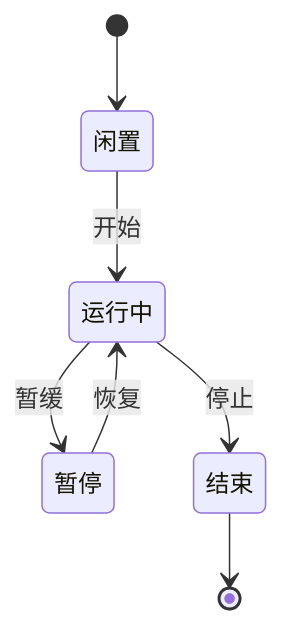
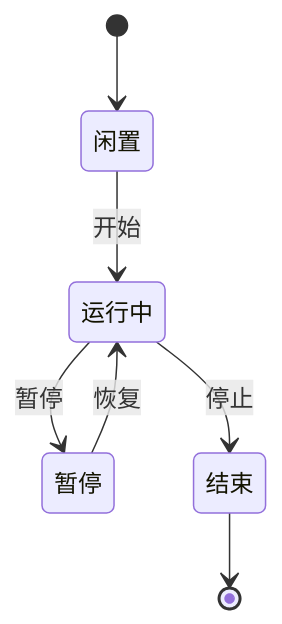
One commit to SSJ-ZYJ/Neoverse-Doc changed the third of 3 diagrams in content/docs/zh/contributing/syntax-example.md. Above: the diagram before and after it, drawn with Mermaid. The commit also changed other lines of this file and 9 other files, not shown here.

````diff
--- a/content/docs/zh/contributing/syntax-example.md
+++ b/content/docs/zh/contributing/syntax-example.md
@@ -334,9 +353,9 @@
 ```mermaid
 stateDiagram-v2
     [*] --> 闲置
     闲置 --> 运行中 : 开始
-    运行中 --> 暂停 : 暂缓
+    运行中 --> 暂停 : 暂停
     暂停 --> 运行中 : 恢复
     运行中 --> 结束 : 停止
     结束 --> [*]
 ```
````
